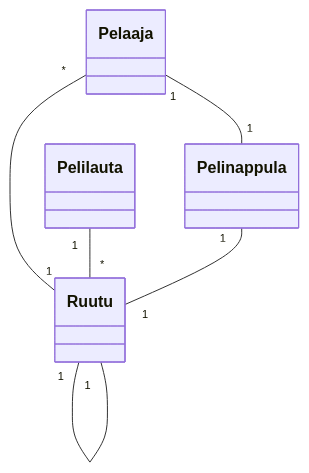
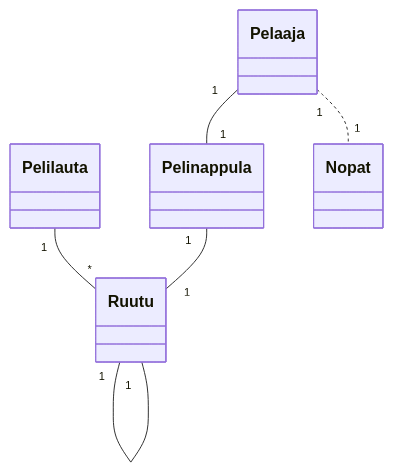
The diagram in laskarit/viikko3/monopolikaavio.md (PaavoAhola/ot-harjoitustyo), drawn with Mermaid before and after one commit.

Commit message:
vielä yksi muutos

````diff
--- a/laskarit/viikko3/monopolikaavio.md
+++ b/laskarit/viikko3/monopolikaavio.md
@@ -3,8 +3,8 @@
 ```mermaid
 	classDiagram
-		Pelaaja "*" -- "1" Ruutu
 		Pelilauta "1" -- "*" Ruutu
 		Ruutu "1" -- "1" Ruutu
 		Pelaaja "1" -- "1" Pelinappula
 		Pelinappula "1" -- "1" Ruutu
+		Pelaaja "1" .. "1" Nopat
 ```
````
